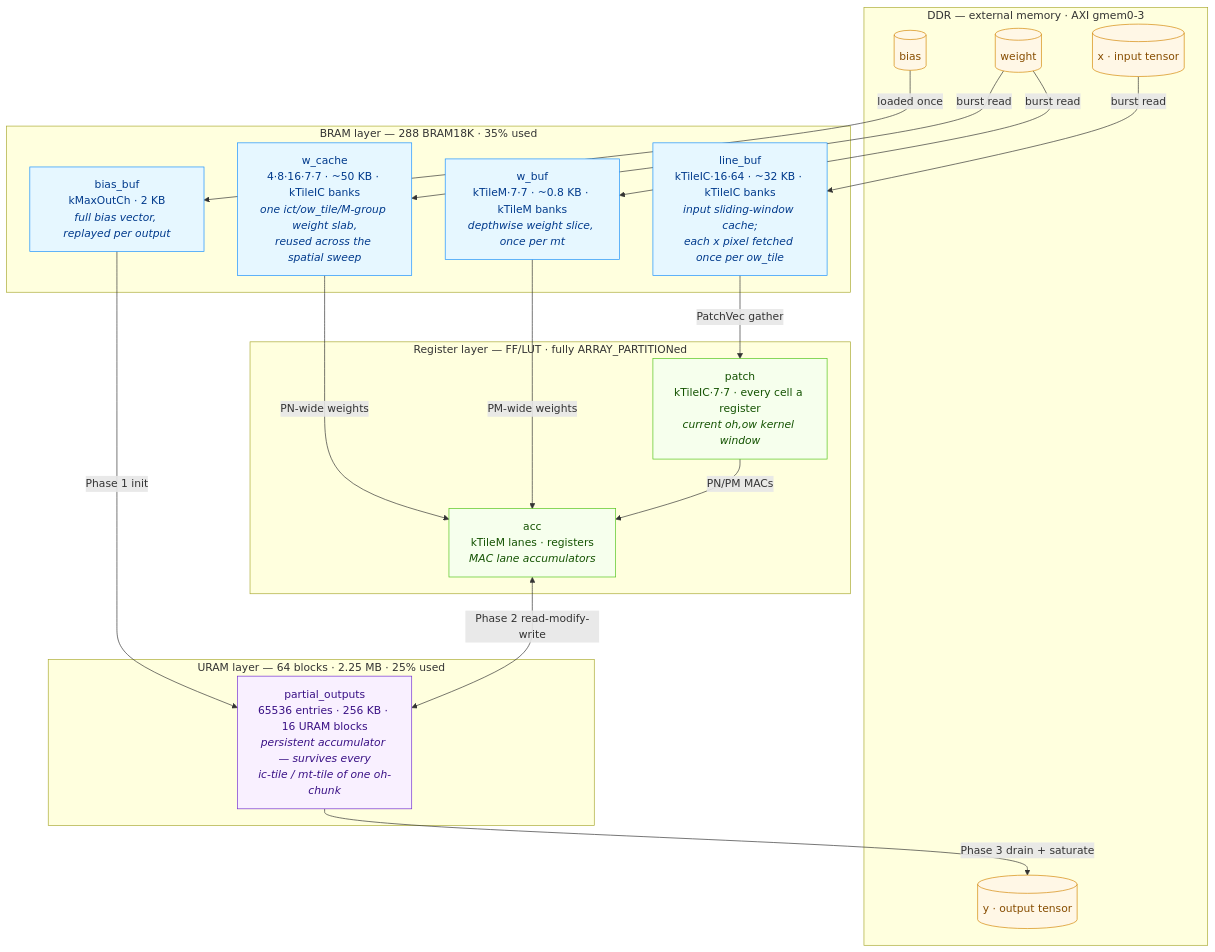
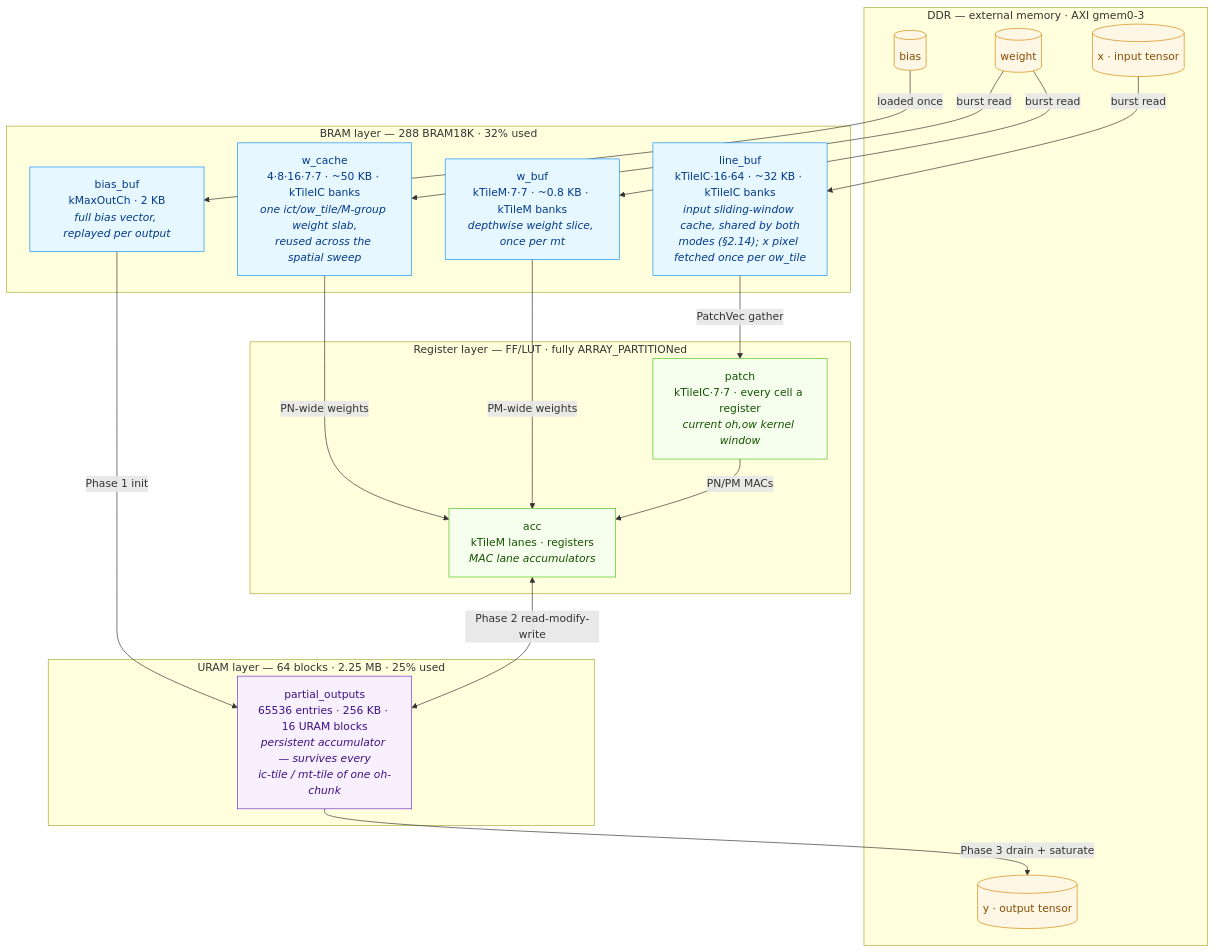
Before and after one commit to GradeBuilderSL/cormorant: the diagram in doc/CONV_KERNEL.md, drawn with Mermaid. The commit also changed other lines of this file and 1 other file, not shown here.

````diff
--- a/doc/CONV_KERNEL.md
+++ b/doc/CONV_KERNEL.md
@@ -103,46 +103,46 @@
 ```mermaid
 flowchart TB
     subgraph DDR["DDR — external memory · AXI gmem0-3"]
         Xd[("x · input tensor")]
         Wd[("weight")]
         Bd[("bias")]
         Yd[("y · output tensor")]
     end
 
     subgraph URAML["URAM layer — 64 blocks · 2.25 MB · 25% used"]
         PO["partial_outputs<br/>65536 entries · 256 KB · 16 URAM blocks<br/><i>persistent accumulator — survives every<br/>ic-tile / mt-tile of one oh-chunk</i>"]
     end
 
-    subgraph BRAML["BRAM layer — 288 BRAM18K · 35% used"]
-        LB["line_buf<br/>kTileIC·16·64 · ~32 KB · kTileIC banks<br/><i>input sliding-window cache;<br/>each x pixel fetched once per ow_tile</i>"]
+    subgraph BRAML["BRAM layer — 288 BRAM18K · 32% used"]
+        LB["line_buf<br/>kTileIC·16·64 · ~32 KB · kTileIC banks<br/><i>input sliding-window cache, shared by both<br/>modes (§2.14); x pixel fetched once per ow_tile</i>"]
         WC["w_cache<br/>4·8·16·7·7 · ~50 KB · kTileIC banks<br/><i>one ict/ow_tile/M-group weight slab,<br/>reused across the spatial sweep</i>"]
         WB["w_buf<br/>kTileM·7·7 · ~0.8 KB · kTileM banks<br/><i>depthwise weight slice, once per mt</i>"]
         BB["bias_buf<br/>kMaxOutCh · 2 KB<br/><i>full bias vector, replayed per output</i>"]
     end
 
     subgraph REGL["Register layer — FF/LUT · fully ARRAY_PARTITIONed"]
         PA["patch<br/>kTileIC·7·7 · every cell a register<br/><i>current oh,ow kernel window</i>"]
         AC["acc<br/>kTileM lanes · registers<br/><i>MAC lane accumulators</i>"]
     end
 
     Xd -->|burst read| LB
     Wd -->|burst read| WC
     Wd -->|burst read| WB
     Bd -->|loaded once| BB
     LB -->|PatchVec gather| PA
     WC -->|PN-wide weights| AC
     WB -->|PM-wide weights| AC
     PA -->|PN/PM MACs| AC
     BB -->|Phase 1 init| PO
     AC <-->|Phase 2 read-modify-write| PO
     PO -->|Phase 3 drain + saturate| Yd
 
     classDef ddr fill:#fff7e6,stroke:#d48806,color:#874d00
     classDef uram fill:#f9f0ff,stroke:#722ed1,color:#391085
     classDef bram fill:#e6f7ff,stroke:#1890ff,color:#003a8c
     classDef reg fill:#f6ffed,stroke:#52c41a,color:#135200
     class Xd,Wd,Bd,Yd ddr
     class PO uram
     class LB,WC,WB,BB bram
     class PA,AC reg
 ```
````
